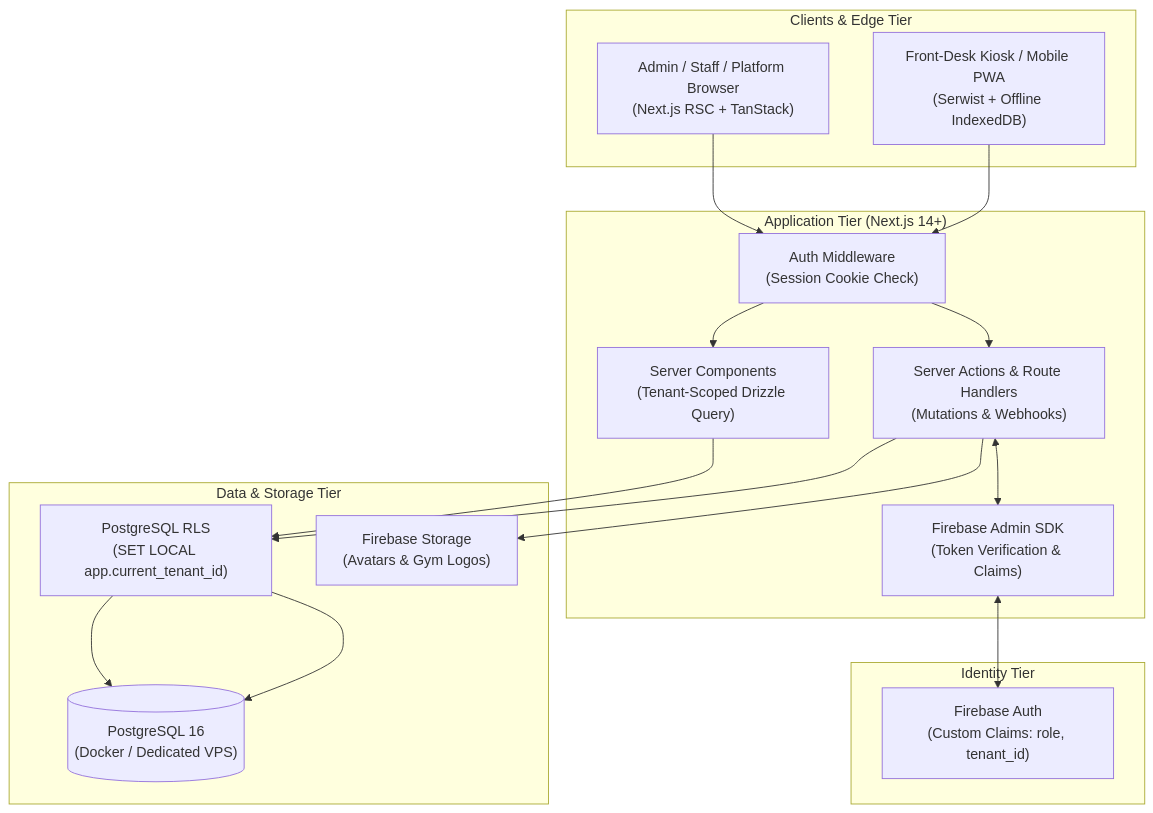
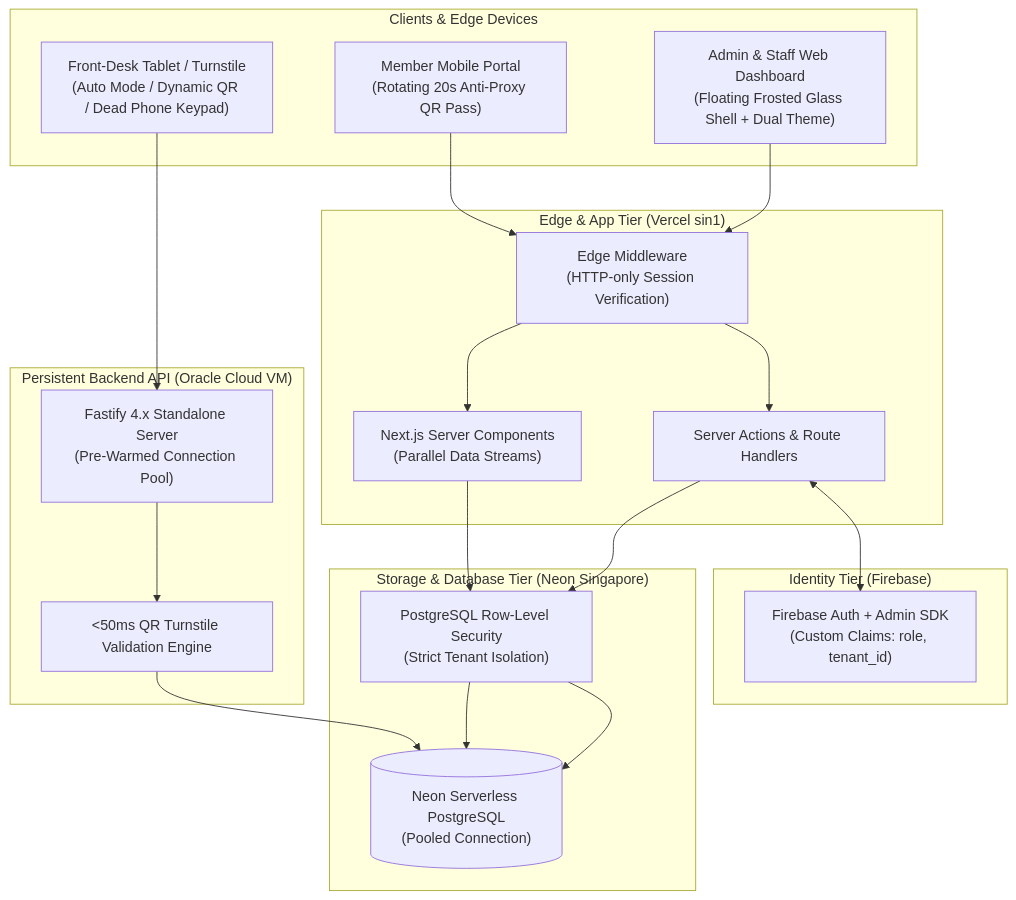
The diagram in README.md (revanthlol/gymerp), drawn with Mermaid before and after one commit. The commit also changed other lines of this file and 20 other files, not shown here.

````diff
--- a/README.md
+++ b/README.md
@@ -16,34 +25,39 @@
 ```mermaid
 flowchart TB
-    subgraph Clients["Clients & Edge Tier"]
-        PWA["Front-Desk Kiosk / Mobile PWA\n(Serwist + Offline IndexedDB)"]
-        Browser["Admin / Staff / Platform Browser\n(Next.js RSC + TanStack)"]
+    subgraph Clients["Clients & Edge Devices"]
+        Kiosk["Front-Desk Tablet / Turnstile\n(Auto Mode / Dynamic QR / Dead Phone Keypad)"]
+        MemberApp["Member Mobile Portal\n(Rotating 20s Anti-Proxy QR Pass)"]
+        Browser["Admin & Staff Web Dashboard\n(Floating Frosted Glass Shell + Dual Theme)"]
     end
 
-    subgraph AppTier["Application Tier (Next.js 14+)"]
-        MW["Auth Middleware\n(Session Cookie Check)"]
-        RSC["Server Components\n(Tenant-Scoped Drizzle Query)"]
-        SA["Server Actions & Route Handlers\n(Mutations & Webhooks)"]
-        FAdmin["Firebase Admin SDK\n(Token Verification & Claims)"]
+    subgraph EdgeTier["Edge & App Tier (Vercel sin1)"]
+        MW["Edge Middleware\n(HTTP-only Session Verification)"]
+        RSC["Next.js Server Components\n(Parallel Data Streams)"]
+        SA["Server Actions & Route Handlers"]
     end
 
-    subgraph AuthTier["Identity Tier"]
-        FAuth["Firebase Auth\n(Custom Claims: role, tenant_id)"]
+    subgraph NodeTier["Persistent Backend API (Oracle Cloud VM)"]
+        Fastify["Fastify 4.x Standalone Server\n(Pre-Warmed Connection Pool)"]
+        ScanEngine["<50ms QR Turnstile Validation Engine"]
     end
 
-    subgraph StorageTier["Data & Storage Tier"]
-        PG[("PostgreSQL 16\n(Docker / Dedicated VPS)")]
-        RLS["PostgreSQL RLS\n(SET LOCAL app.current_tenant_id)"]
-        FStore["Firebase Storage\n(Avatars & Gym Logos)"]
+    subgraph AuthTier["Identity Tier (Firebase)"]
+        FAuth["Firebase Auth + Admin SDK\n(Custom Claims: role, tenant_id)"]
     end
 
+    subgraph DataTier["Storage & Database Tier (Neon Singapore)"]
+        Neon[("Neon Serverless PostgreSQL\n(Pooled Connection)")]
+        RLS["PostgreSQL Row-Level Security\n(Strict Tenant Isolation)"]
+    end
+
+    MemberApp --> MW
     Browser --> MW
-    PWA --> MW
     MW --> RSC
     MW --> SA
-    SA <--> FAdmin
-    FAdmin <--> FAuth
-    RSC --> RLS --> PG
-    SA --> RLS --> PG
-    SA --> FStore
+    Kiosk --> Fastify
+    Fastify --> ScanEngine
+    ScanEngine --> Neon
+    RSC --> RLS --> Neon
+    SA --> RLS --> Neon
+    SA <--> FAuth
 ```
````
